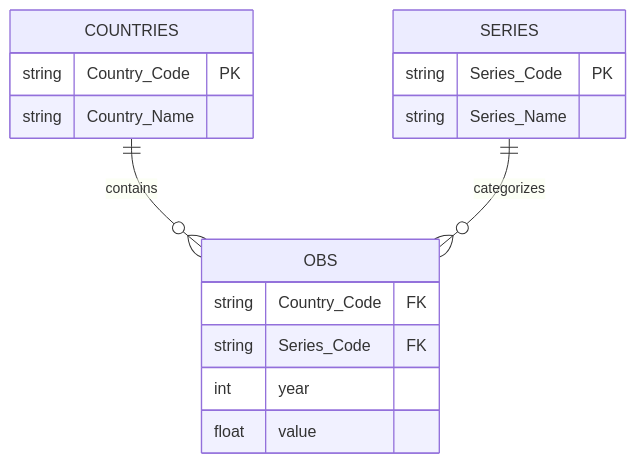
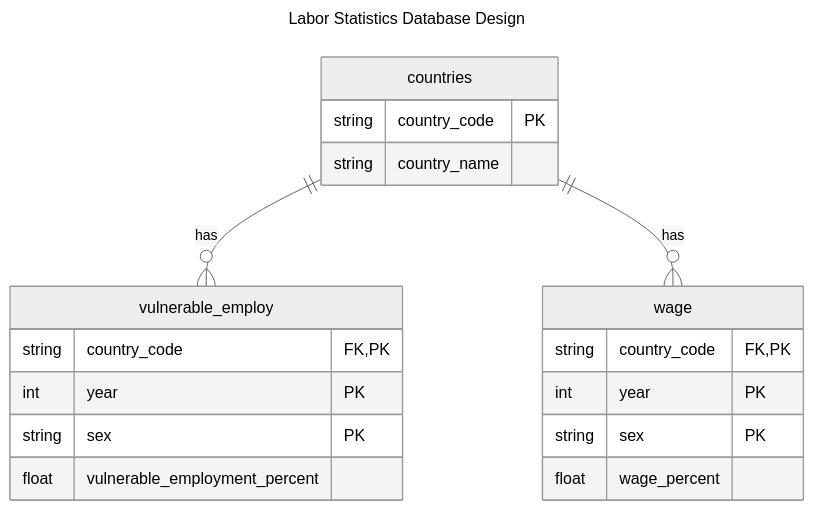
Before and after one commit to EllieWilser/Data_607: the second of 3 diagrams in Project_2/Project_2_Data_607.qmd, drawn with Mermaid. The commit also changed other lines of this file and 4 other files, not shown here.

````diff
--- a/Project_2/Project_2_Data_607.qmd
+++ b/Project_2/Project_2_Data_607.qmd
@@ -180,21 +446,30 @@
 ```{mermaid}
+---
+title: Labor Statistics Database Design
+config:
+  theme: neutral
+  look: classic
+---
 erDiagram
-    COUNTRIES {
-        string Country_Code PK
-        string Country_Name
+    countries {
+        string country_code PK
+        string country_name
     }
-
-    SERIES {
-        string Series_Code PK
-        string Series_Name
+    
+    vulnerable_employ {
+        string country_code FK, PK
+        int year PK
+        string sex PK
+        float vulnerable_employment_percent
     }
-
-    OBS {
-        string Country_Code FK 
-        string Series_Code FK
-        int year
-        float value
+    
+    wage {
+        string country_code FK, PK
+        int year PK
+        string sex PK
+        float wage_percent
     }
-    COUNTRIES ||--o{ OBS : contains
-    SERIES ||--o{ OBS : categorizes
+    
+    countries ||--o{ vulnerable_employ : has
+    countries ||--o{ wage : has
 ```
````
